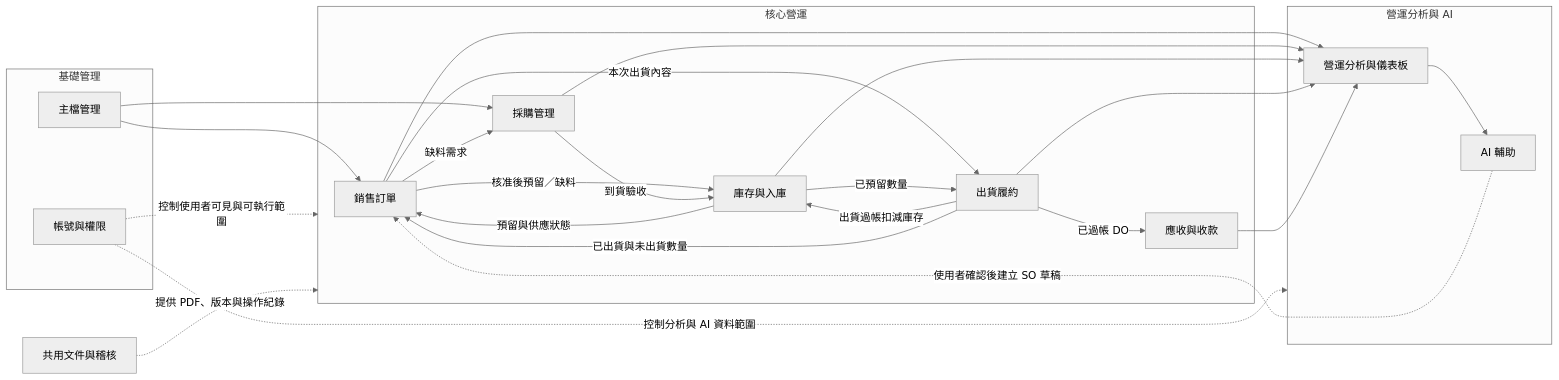
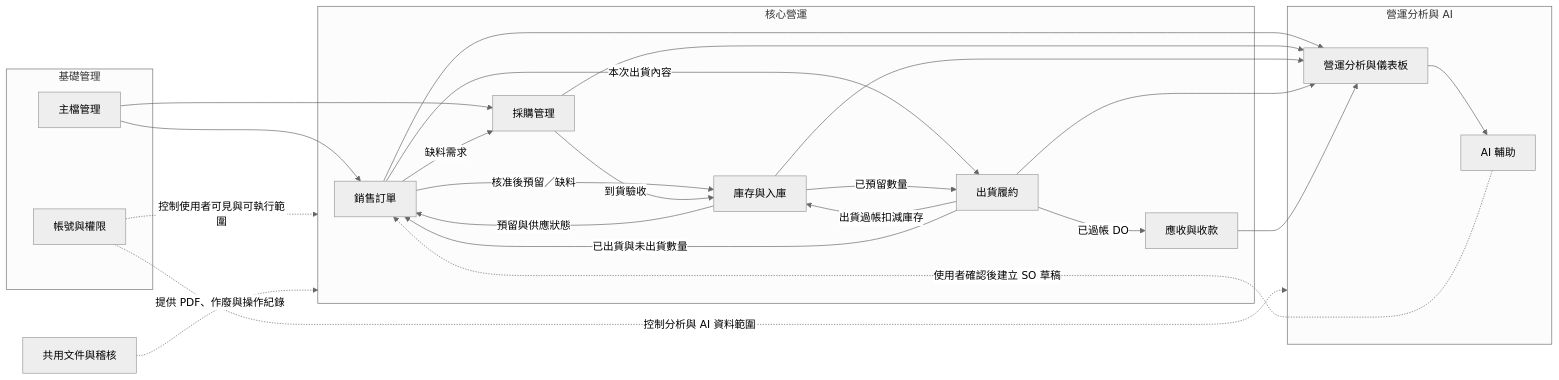
Before and after one commit to fizz123123/smart-distribution-ops: the diagram in docs/03-functional-modules.md, drawn with Mermaid (neutral theme). The commit also changed other lines of this file and 15 other files, not shown here.

````diff
--- a/docs/03-functional-modules.md
+++ b/docs/03-functional-modules.md
@@ -19,46 +20,46 @@
 ```mermaid
 flowchart LR
     subgraph FOUNDATION[基礎管理]
         ACCESS[帳號與權限]
         MASTER[主檔管理]
     end
 
     subgraph CORE[核心營運]
         SALES[銷售訂單]
         PURCHASE[採購管理]
         INVENTORY[庫存與入庫]
         DELIVERY[出貨履約]
         RECEIVABLE[應收與收款]
     end
 
     subgraph DECISION[營運分析與 AI]
         ANALYTICS[營運分析與儀表板]
         AI[AI 輔助]
     end
 
     COMMON[共用文件與稽核]
 
     MASTER --> SALES
     MASTER --> PURCHASE
     SALES -- 核准後預留／缺料 --> INVENTORY
     SALES -- 缺料需求 --> PURCHASE
     PURCHASE -- 到貨驗收 --> INVENTORY
     INVENTORY -- 預留與供應狀態 --> SALES
     SALES -- 本次出貨內容 --> DELIVERY
     INVENTORY -- 已預留數量 --> DELIVERY
     DELIVERY -- 出貨過帳扣減庫存 --> INVENTORY
     DELIVERY -- 已出貨與未出貨數量 --> SALES
     DELIVERY -- 已過帳 DO --> RECEIVABLE
 
     AI -. 使用者確認後建立 SO 草稿 .-> SALES
     SALES --> ANALYTICS
     PURCHASE --> ANALYTICS
     INVENTORY --> ANALYTICS
     DELIVERY --> ANALYTICS
     RECEIVABLE --> ANALYTICS
     ANALYTICS --> AI
 
     ACCESS -. 控制使用者可見與可執行範圍 .-> CORE
     ACCESS -. 控制分析與 AI 資料範圍 .-> DECISION
-    COMMON -. 提供 PDF、版本與操作紀錄 .-> CORE
+    COMMON -. 提供 PDF、作廢與操作紀錄 .-> CORE
 ```
````
